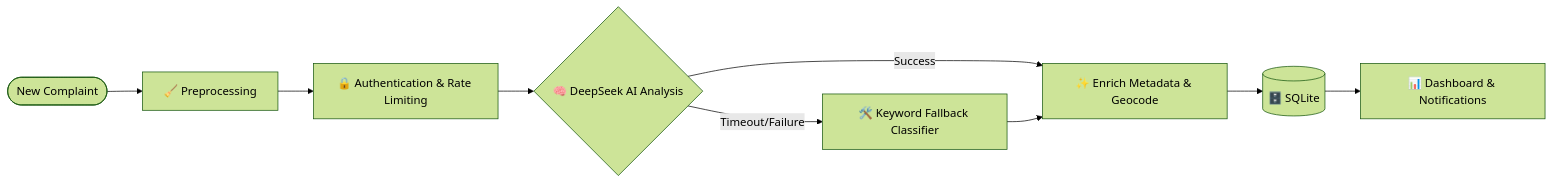
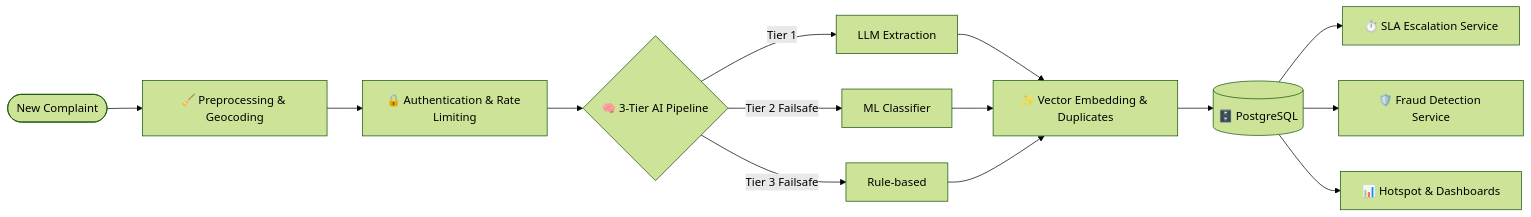
Before and after one commit to DAREDEVIL-OF-NEXUS/CIVICLENS-AI: the second of 2 diagrams in README.md, drawn with Mermaid (forest theme). The commit also changed other lines of this file and 3 other files, not shown here.

Commit message:
docs: Rewrite architecture, README, and TODO to reflect actual implementation

````diff
--- a/README.md
+++ b/README.md
@@ -34,13 +40,19 @@
 ```mermaid
 flowchart LR
-    Start([New Complaint]) --> Preprocess[🧹 Preprocessing]
+    Start([New Complaint]) --> Preprocess[🧹 Preprocessing & Geocoding]
     Preprocess --> Auth[🔒 Authentication & Rate Limiting]
-    Auth --> Analysis{🧠 DeepSeek AI Analysis}
+    Auth --> Analysis{🧠 3-Tier AI Pipeline}
     
-    Analysis -->|Success| Enrich[✨ Enrich Metadata & Geocode]
-    Analysis -->|Timeout/Failure| Fallback[🛠️ Keyword Fallback Classifier]
+    Analysis -->|Tier 1| LLM[LLM Extraction]
+    Analysis -->|Tier 2 Failsafe| MLModel[ML Classifier]
+    Analysis -->|Tier 3 Failsafe| Regex[Rule-based]
     
-    Fallback --> Enrich
-    Enrich --> DB[(🗄️ SQLite)]
-    DB --> Dashboard[📊 Dashboard & Notifications]
+    LLM --> Enrich[✨ Vector Embedding & Duplicates]
+    MLModel --> Enrich
+    Regex --> Enrich
+    
+    Enrich --> DB[(🗄️ PostgreSQL)]
+    DB --> SLA[⏱️ SLA Escalation Service]
+    DB --> Fraud[🛡️ Fraud Detection Service]
+    DB --> Dashboard[📊 Hotspot & Dashboards]
 ```
````
